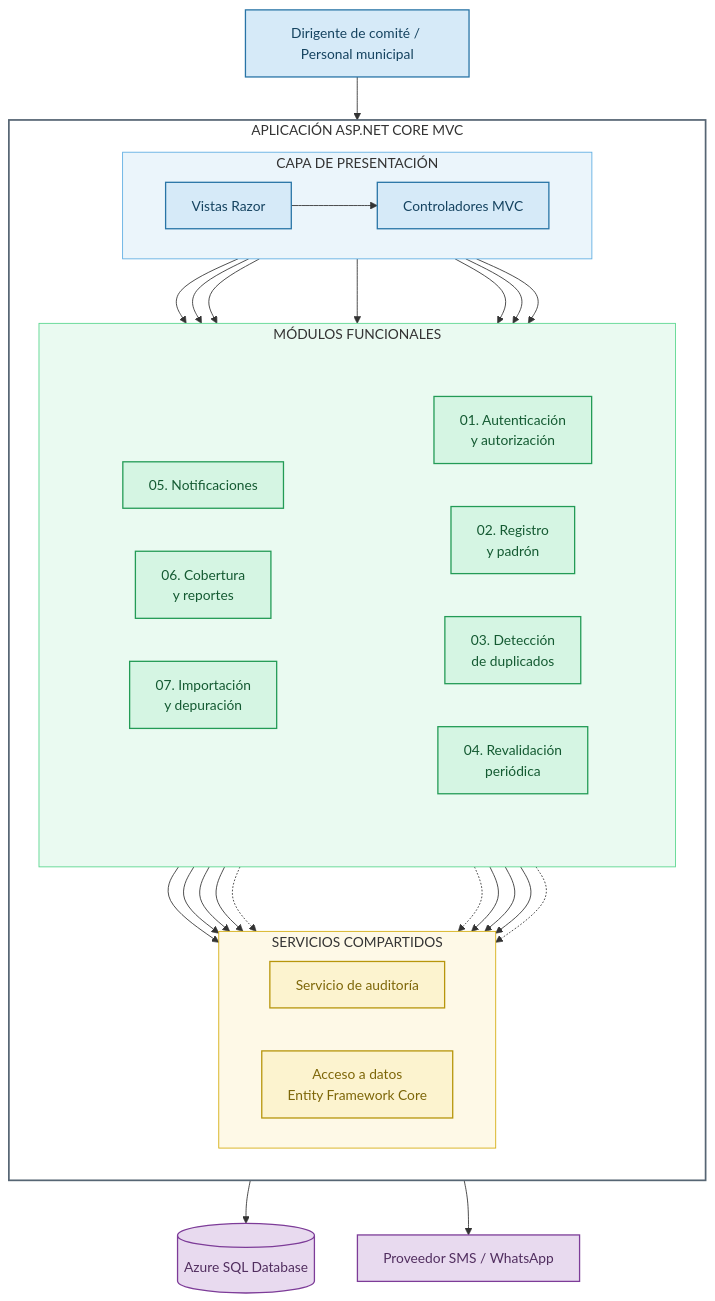
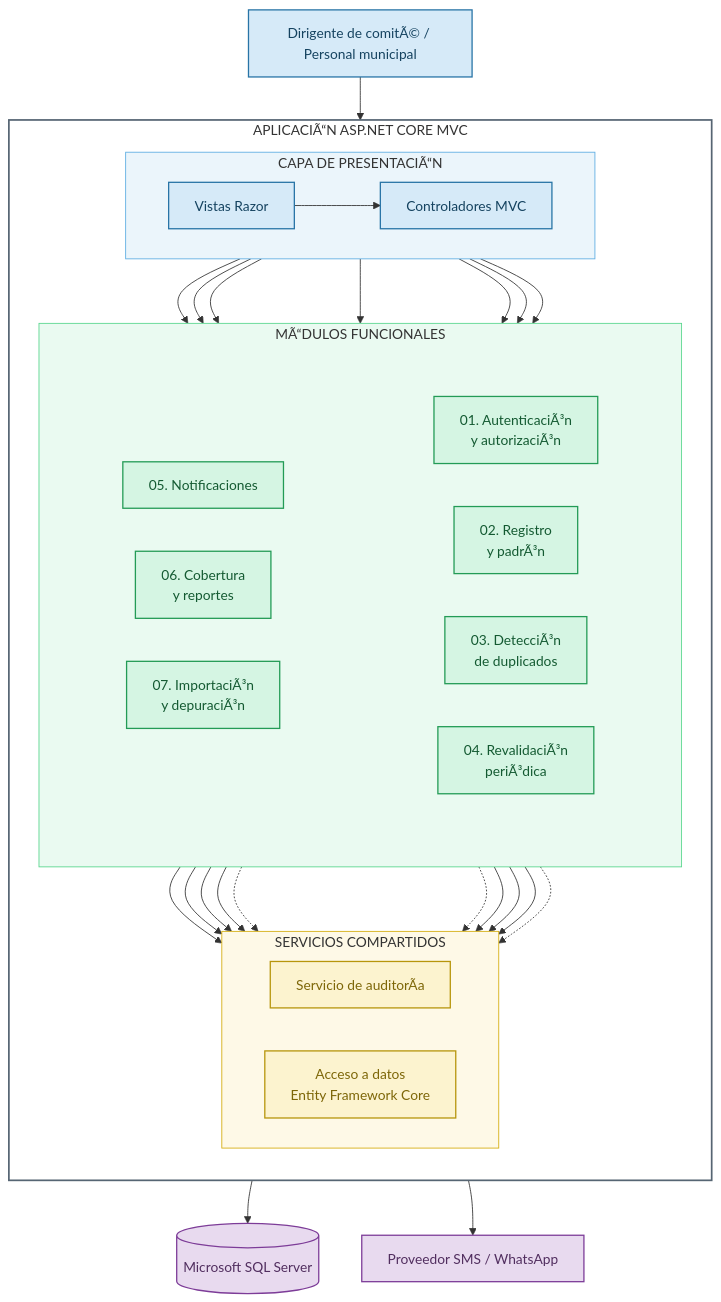
Before and after one commit to Yey-Cardenas/Programas-Sociales: the diagram in arquitectura/C4/C3-componentes.md, drawn with Mermaid. The commit also changed other lines of this file and 1 other file, not shown here.

Commit message:
docs: actualizar documentacion del modelo C4

````diff
--- a/arquitectura/C4/C3-componentes.md
+++ b/arquitectura/C4/C3-componentes.md
@@ -4,39 +4,39 @@
 ```mermaid
 flowchart TB
-    usuario["Dirigente de comité / Personal municipal"]
+    usuario["Dirigente de comitÃ© / Personal municipal"]
 
-    subgraph aplicacion["APLICACIÓN ASP.NET CORE MVC"]
+    subgraph aplicacion["APLICACIÃ“N ASP.NET CORE MVC"]
         direction TB
 
-        subgraph presentacion["CAPA DE PRESENTACIÓN"]
+        subgraph presentacion["CAPA DE PRESENTACIÃ“N"]
             direction LR
             vistas["Vistas Razor"]
             controladores["Controladores MVC"]
             vistas --> controladores
         end
 
-        subgraph funcional["MÓDULOS FUNCIONALES"]
+        subgraph funcional["MÃ“DULOS FUNCIONALES"]
             direction TB
 
             subgraph fila1[" "]
                 direction LR
-                m1["01. Autenticación<br/>y autorización"]
-                m2["02. Registro<br/>y padrón"]
-                m3["03. Detección<br/>de duplicados"]
-                m4["04. Revalidación<br/>periódica"]
+                m1["01. AutenticaciÃ³n<br/>y autorizaciÃ³n"]
+                m2["02. Registro<br/>y padrÃ³n"]
+                m3["03. DetecciÃ³n<br/>de duplicados"]
+                m4["04. RevalidaciÃ³n<br/>periÃ³dica"]
             end
 
             subgraph fila2[" "]
                 direction LR
                 m5["05. Notificaciones"]
                 m6["06. Cobertura<br/>y reportes"]
-                m7["07. Importación<br/>y depuración"]
+                m7["07. ImportaciÃ³n<br/>y depuraciÃ³n"]
             end
         end
 
         subgraph soporte["SERVICIOS COMPARTIDOS"]
             direction LR
-            auditoria["Servicio de auditoría"]
+            auditoria["Servicio de auditorÃ­a"]
             datos["Acceso a datos<br/>Entity Framework Core"]
         end
 
@@ -61,7 +61,7 @@
         m7 -.-> auditoria
     end
 
-    bd[("Azure SQL Database")]
+    bd[("Microsoft SQL Server")]
     proveedor["Proveedor SMS / WhatsApp"]
 
     usuario --> vistas
````
